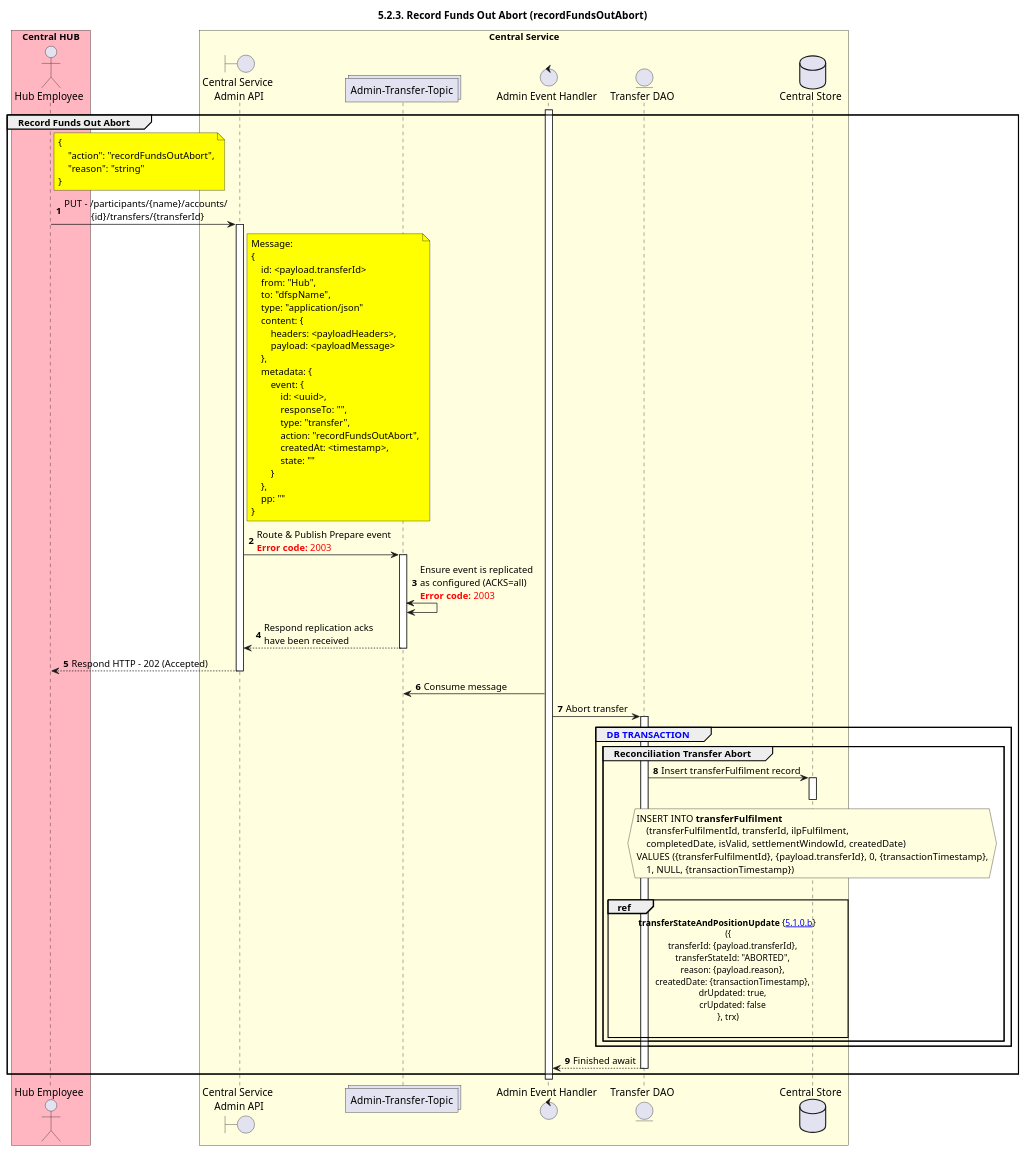
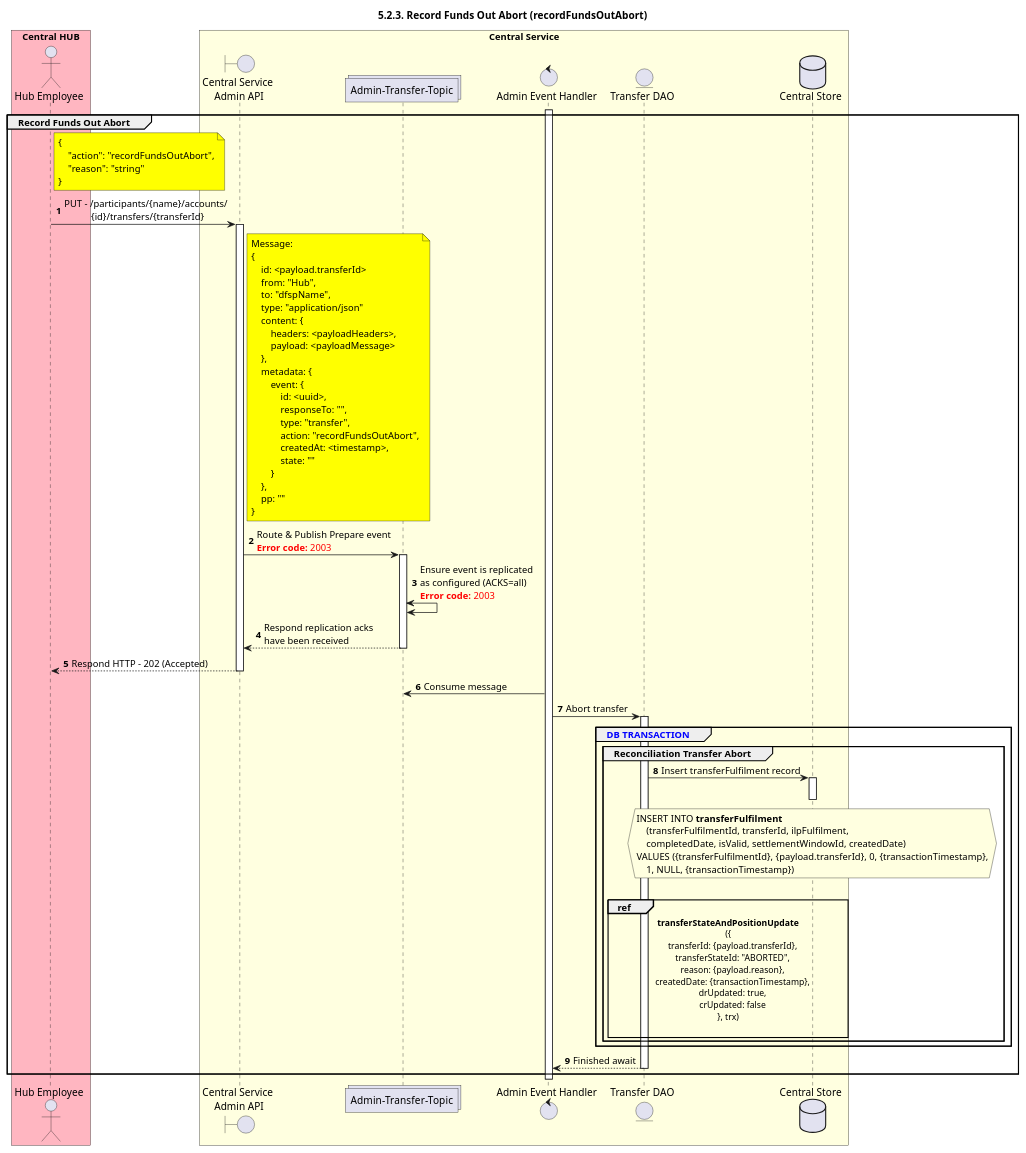
One commit to mojaloop/documentation changed the diagram in mojaloop-technical-overview/central-settlements/funds-in-out/assets/diagrams/sequence/seq-recfunds-5.2.3-out-abort.plantuml. Above: the diagram before and after it, drawn with PlantUML. The commit also changed 23 other files, not shown here.

```diff
--- a/mojaloop-technical-overview/central-settlements/funds-in-out/assets/diagrams/sequence/seq-recfunds-5.2.3-out-abort.plantuml
+++ b/mojaloop-technical-overview/central-settlements/funds-in-out/assets/diagrams/sequence/seq-recfunds-5.2.3-out-abort.plantuml
@@ -25,101 +25,101 @@
 @startuml
 ' declate title
 title 5.2.3. Record Funds Out Abort (recordFundsOutAbort)
 
 autonumber
 
 ' Actor Keys:
 '   boundary - APIs/Interfaces, etc
 '   collections - Kafka Topics
 '   control - Kafka Consumers
 '   entity - Database Access Objects
 '   database - Database Persistance Store
 
 ' declare actors
 actor "Hub Employee" as OPERATOR
 boundary "Central Service\n Admin API" as CS_ADMIN_API
 collections "Admin-Transfer-Topic" as TOPIC_ADMIN_TRANSFER
 control "Admin Event Handler" as ADMIN_HANDLER
 entity "Transfer DAO" as TRANSFER_DAO
 database "Central Store" as DB
 
 box "Central HUB" #lightpink
     participant OPERATOR
 end box
 
 box "Central Service" #LightYellow
     participant CS_ADMIN_API
 	participant TOPIC_ADMIN_TRANSFER
     participant ADMIN_HANDLER
     participant TRANSFER_DAO
     participant DB
 end box
 
 ' start flow
 activate ADMIN_HANDLER
 group Record Funds Out Abort
     note right of OPERATOR #yellow
         {
             "action": "recordFundsOutAbort",
             "reason": "string"
         }
     end note
     OPERATOR -> CS_ADMIN_API: PUT - /participants/{name}/accounts/\n           {id}/transfers/{transferId}
     activate CS_ADMIN_API
 
     note right of CS_ADMIN_API #yellow
         Message:
         {
             id: <payload.transferId>
             from: "Hub",
             to: "dfspName",
             type: "application/json"
             content: {
                 headers: <payloadHeaders>,
                 payload: <payloadMessage>
             },
             metadata: {
                 event: {
                     id: <uuid>,
                     responseTo: "",
                     type: "transfer",
                     action: "recordFundsOutAbort",
                     createdAt: <timestamp>,
                     state: ""
                 }
             },
             pp: ""
         }
     end note
     CS_ADMIN_API -> TOPIC_ADMIN_TRANSFER: Route & Publish Prepare event\n<color #FF0000><b>Error code:</b> 2003</color>
     activate TOPIC_ADMIN_TRANSFER
     TOPIC_ADMIN_TRANSFER <-> TOPIC_ADMIN_TRANSFER: Ensure event is replicated\nas configured (ACKS=all)\n<color #FF0000><b>Error code:</b> 2003</color>
     TOPIC_ADMIN_TRANSFER --> CS_ADMIN_API: Respond replication acks\nhave been received
     deactivate TOPIC_ADMIN_TRANSFER
     CS_ADMIN_API ---> OPERATOR: Respond HTTP - 202 (Accepted)
     deactivate CS_ADMIN_API
 
     TOPIC_ADMIN_TRANSFER <- ADMIN_HANDLER: Consume message
     ADMIN_HANDLER -> TRANSFER_DAO: Abort transfer
     activate TRANSFER_DAO
     group <color #blue>DB TRANSACTION</color>
         group Reconciliation Transfer Abort
             TRANSFER_DAO -> DB: Insert transferFulfilment record
             activate DB
             deactivate DB
             hnote over DB #lightyellow
                 INSERT INTO **transferFulfilment**
                     (transferFulfilmentId, transferId, ilpFulfilment,
                     completedDate, isValid, settlementWindowId, createdDate)
                 VALUES ({transferFulfilmentId}, {payload.transferId}, 0, {transactionTimestamp},
                     1, NULL, {transactionTimestamp})
             end hnote
             |||
-            ref over TRANSFER_DAO, DB:**transferStateAndPositionUpdate** {[[https://github.com/mojaloop/docs/blob/master/Diagrams/SequenceDiagrams/seq-recfunds-5.1.0.b-transferStateAndPositionUpdate.svg 5.1.0.b]]} \n({\n    transferId: {payload.transferId},\n    transferStateId: "ABORTED",\n    reason: {payload.reason},\n    createdDate: {transactionTimestamp},\n    drUpdated: true,\n    crUpdated: false\n}, trx)\n
+            ref over TRANSFER_DAO, DB: **transferStateAndPositionUpdate**\n({\n    transferId: {payload.transferId},\n    transferStateId: "ABORTED",\n    reason: {payload.reason},\n    createdDate: {transactionTimestamp},\n    drUpdated: true,\n    crUpdated: false\n}, trx)\n
         end
     end
     ADMIN_HANDLER <-- TRANSFER_DAO: Finished await
     deactivate TRANSFER_DAO
 end
 deactivate ADMIN_HANDLER
 @enduml
```
